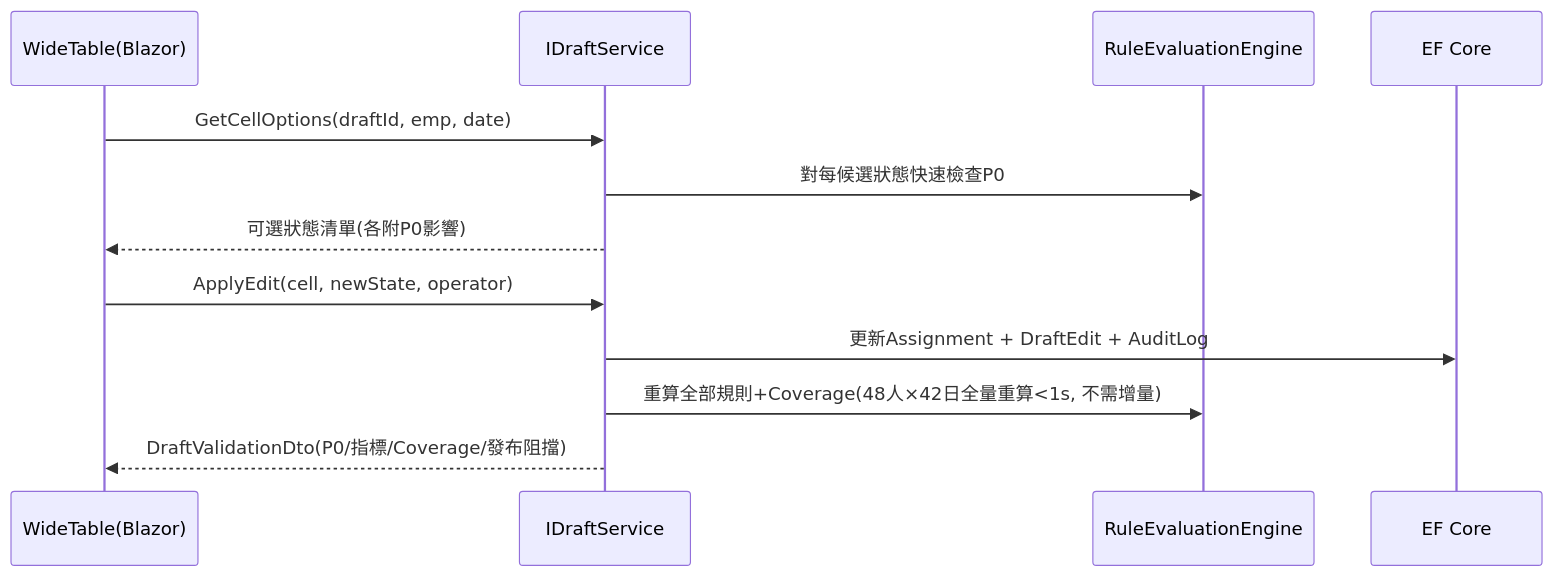
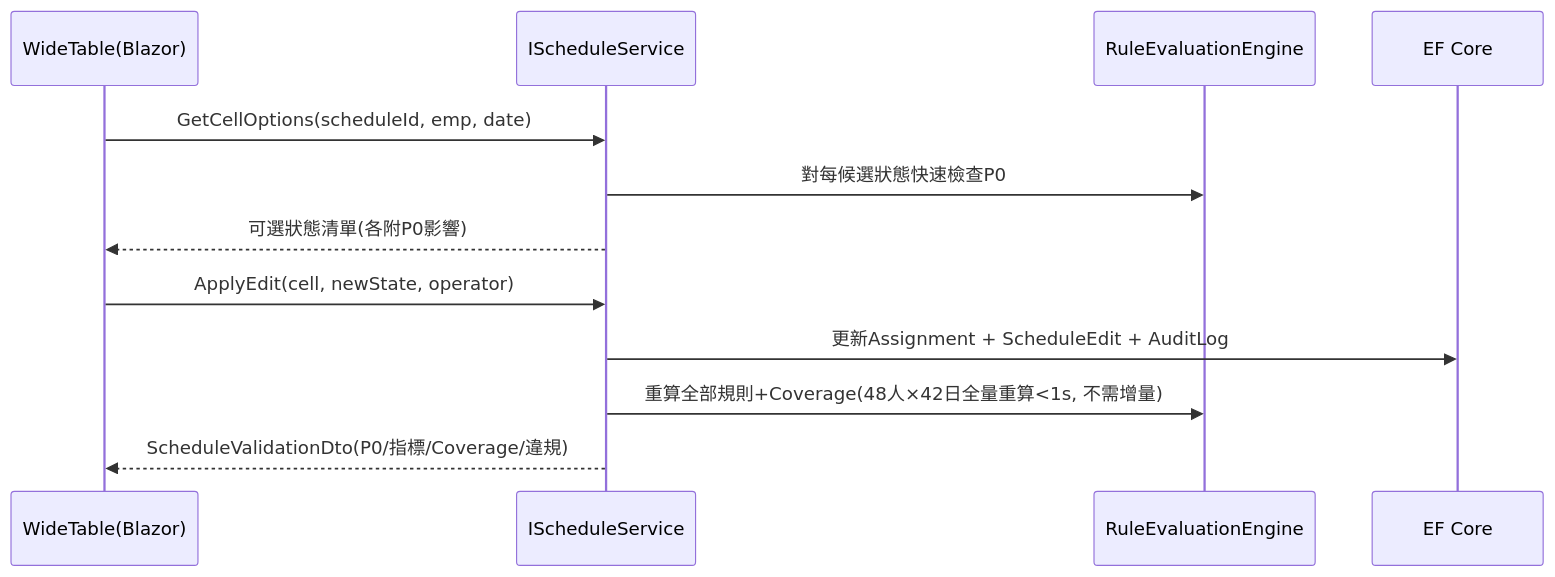
Before and after one commit to AaronWu-train/NtmcScheduler: the second of 2 diagrams in docs/11-implementation-plan.md, drawn with Mermaid. The commit also changed other lines of this file and 86 other files, not shown here.

````diff
--- a/docs/11-implementation-plan.md
+++ b/docs/11-implementation-plan.md
@@ -362,14 +364,14 @@
 ```mermaid
 sequenceDiagram
   participant UI as WideTable(Blazor)
-  participant DS as IDraftService
+  participant SS as IScheduleService
   participant EV as RuleEvaluationEngine
   participant DB as EF Core
-  UI->>DS: GetCellOptions(draftId, emp, date)
-  DS->>EV: 對每候選狀態快速檢查P0
-  DS-->>UI: 可選狀態清單(各附P0影響)
-  UI->>DS: ApplyEdit(cell, newState, operator)
-  DS->>DB: 更新Assignment + DraftEdit + AuditLog
-  DS->>EV: 重算全部規則+Coverage(48人×42日全量重算<1s, 不需增量)
-  DS-->>UI: DraftValidationDto(P0/指標/Coverage/發布阻擋)
+  UI->>SS: GetCellOptions(scheduleId, emp, date)
+  SS->>EV: 對每候選狀態快速檢查P0
+  SS-->>UI: 可選狀態清單(各附P0影響)
+  UI->>SS: ApplyEdit(cell, newState, operator)
+  SS->>DB: 更新Assignment + ScheduleEdit + AuditLog
+  SS->>EV: 重算全部規則+Coverage(48人×42日全量重算<1s, 不需增量)
+  SS-->>UI: ScheduleValidationDto(P0/指標/Coverage/違規)
 ```
````
